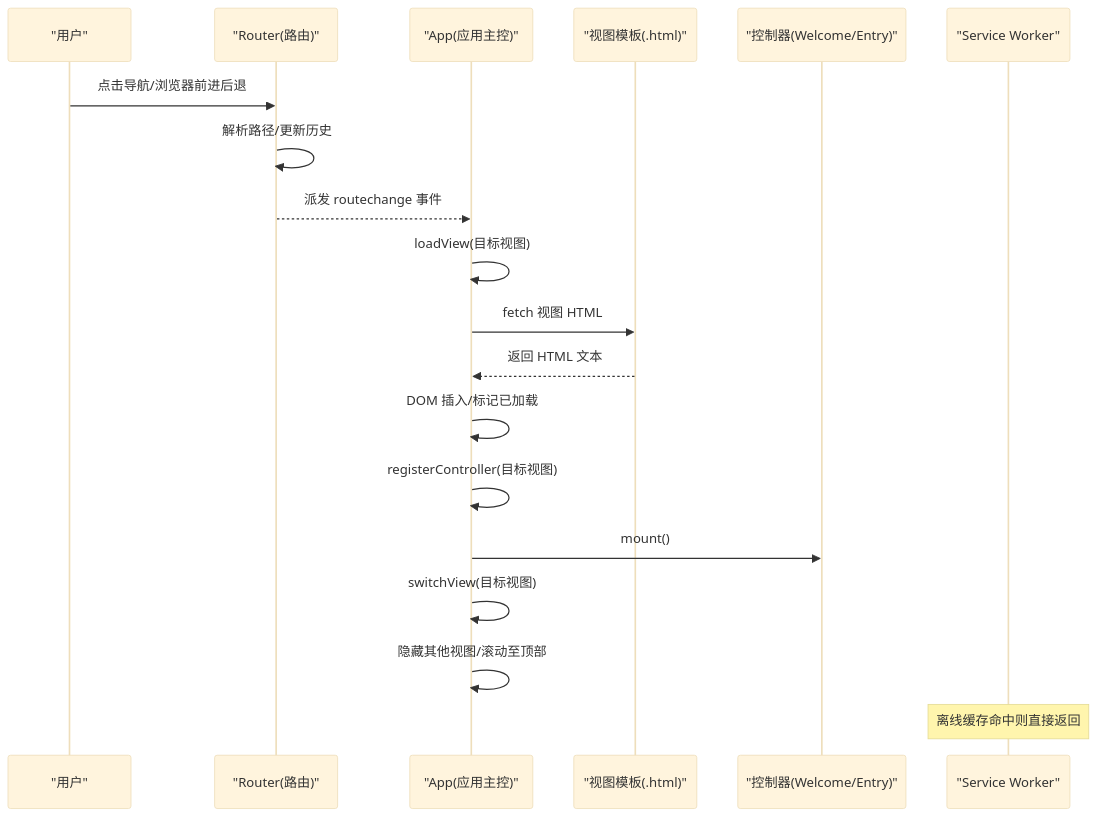
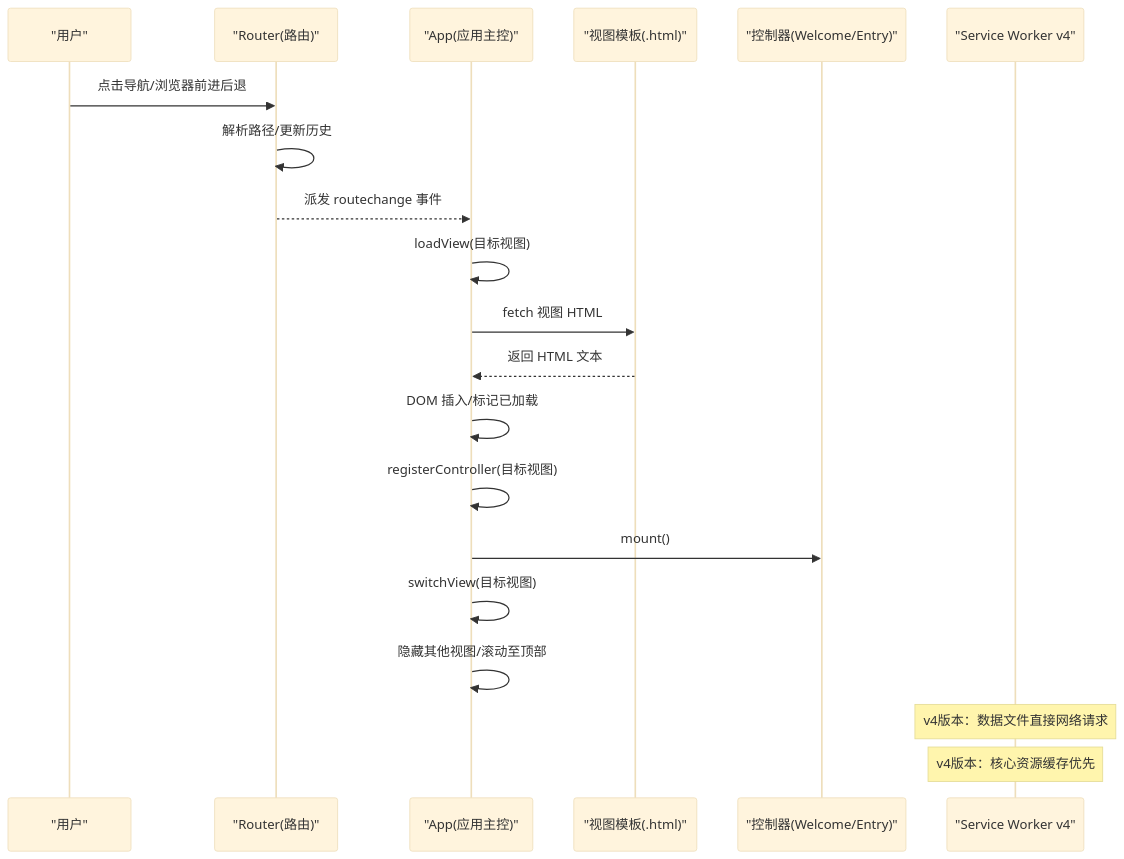
The second of 5 diagrams in .qoder/repowiki/zh/content/架构设计/动态加载机制.md (jeankeim/wuxing-fashion), drawn with Mermaid (base theme) before and after one commit. The commit also changed other lines of this file and 27 other files, not shown here.

````diff
--- a/.qoder/repowiki/zh/content/架构设计/动态加载机制.md
+++ b/.qoder/repowiki/zh/content/架构设计/动态加载机制.md
@@ -99,21 +108,22 @@
 ```mermaid
 sequenceDiagram
 participant U as "用户"
 participant R as "Router(路由)"
 participant A as "App(应用主控)"
 participant V as "视图模板(.html)"
 participant C as "控制器(Welcome/Entry)"
-participant S as "Service Worker"
+participant S as "Service Worker v4"
 U->>R : 点击导航/浏览器前进后退
 R->>R : 解析路径/更新历史
 R-->>A : 派发 routechange 事件
 A->>A : loadView(目标视图)
 A->>V : fetch 视图 HTML
 V-->>A : 返回 HTML 文本
 A->>A : DOM 插入/标记已加载
 A->>A : registerController(目标视图)
 A->>C : mount()
 A->>A : switchView(目标视图)
 A->>A : 隐藏其他视图/滚动至顶部
-Note over S : 离线缓存命中则直接返回
+Note over S : v4版本：数据文件直接网络请求
+Note over S : v4版本：核心资源缓存优先
 ```
````
